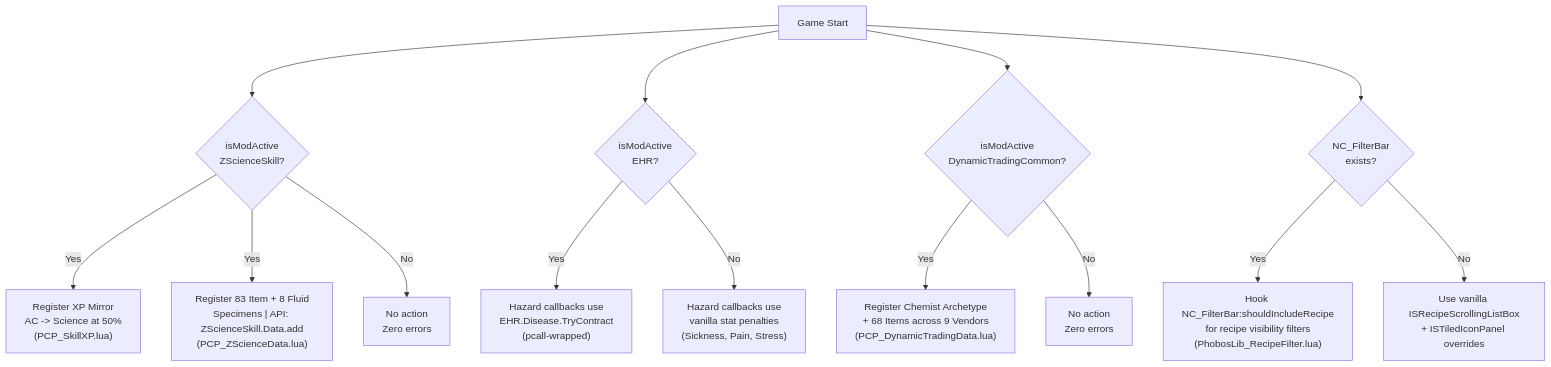
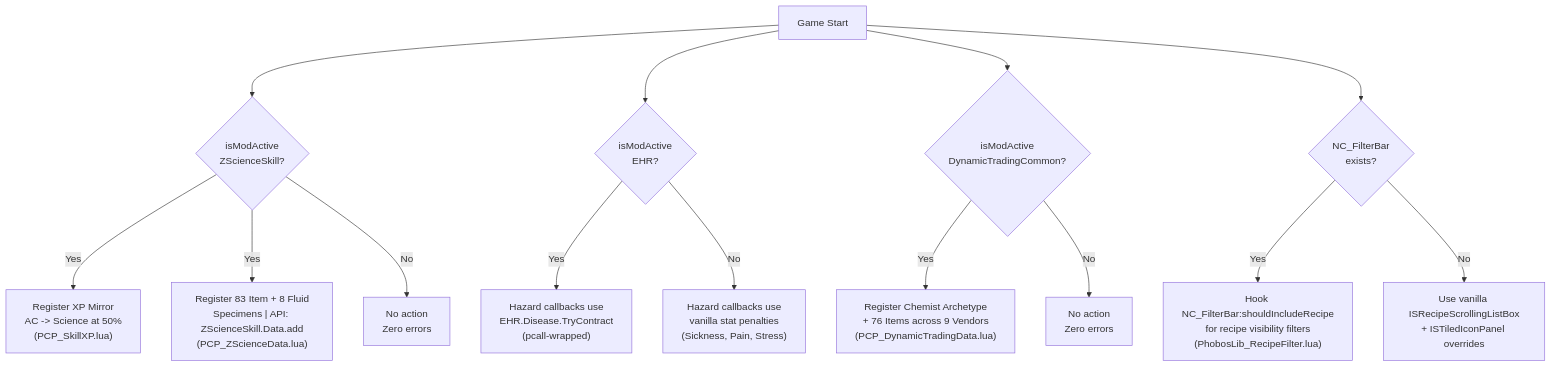
One commit to phobos-dthorga/mod-pz-chemistry-pathways changed the second of 2 diagrams in docs/diagrams/architecture.md. Above: the diagram before and after it, drawn with Mermaid. The commit also changed other lines of this file and 6 other files, not shown here.

````diff
--- a/docs/diagrams/architecture.md
+++ b/docs/diagrams/architecture.md
@@ -94,21 +94,21 @@
 ```mermaid
 graph TB
     START["Game Start"] --> CHECK_ZSS{"isModActive<br/>ZScienceSkill?"}
     START --> CHECK_EHR{"isModActive<br/>EHR?"}
 
     CHECK_ZSS -->|"Yes"| ZSS_INIT["Register XP Mirror<br/>AC -> Science at 50%<br/>(PCP_SkillXP.lua)"]
     CHECK_ZSS -->|"Yes"| ZSS_DATA["Register 83 Item + 8 Fluid<br/>Specimens | API: ZScienceSkill.Data.add<br/>(PCP_ZScienceData.lua)"]
     CHECK_ZSS -->|"No"| ZSS_SKIP["No action<br/>Zero errors"]
 
     CHECK_EHR -->|"Yes"| EHR_INIT["Hazard callbacks use<br/>EHR.Disease.TryContract<br/>(pcall-wrapped)"]
     CHECK_EHR -->|"No"| EHR_SKIP["Hazard callbacks use<br/>vanilla stat penalties<br/>(Sickness, Pain, Stress)"]
 
     START --> CHECK_DT{"isModActive<br/>DynamicTradingCommon?"}
     START --> CHECK_NC{"NC_FilterBar<br/>exists?"}
 
-    CHECK_DT -->|"Yes"| DT_INIT["Register Chemist Archetype<br/>+ 68 Items across 9 Vendors<br/>(PCP_DynamicTradingData.lua)"]
+    CHECK_DT -->|"Yes"| DT_INIT["Register Chemist Archetype<br/>+ 76 Items across 9 Vendors<br/>(PCP_DynamicTradingData.lua)"]
     CHECK_DT -->|"No"| DT_SKIP["No action<br/>Zero errors"]
 
     CHECK_NC -->|"Yes"| NC_INIT["Hook NC_FilterBar:shouldIncludeRecipe<br/>for recipe visibility filters<br/>(PhobosLib_RecipeFilter.lua)"]
     CHECK_NC -->|"No"| NC_SKIP["Use vanilla ISRecipeScrollingListBox<br/>+ ISTiledIconPanel overrides"]
 ```
````
